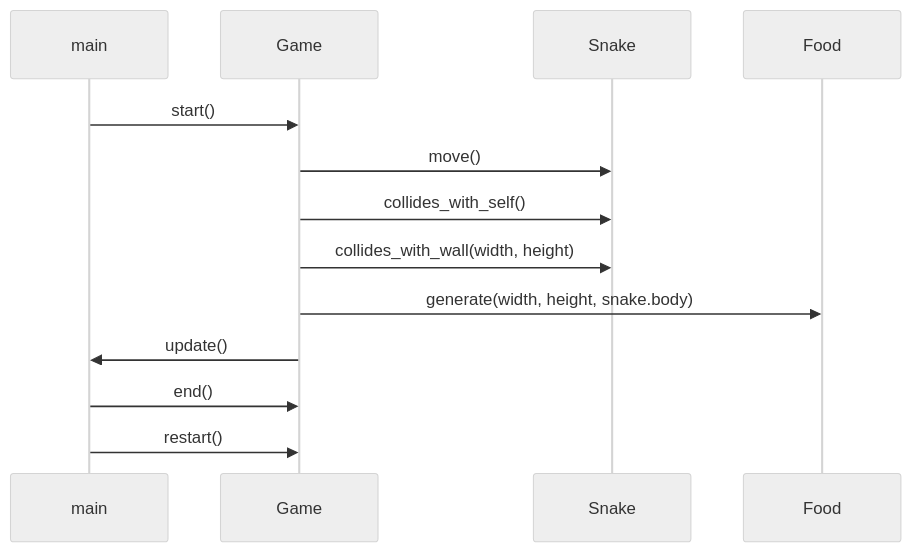
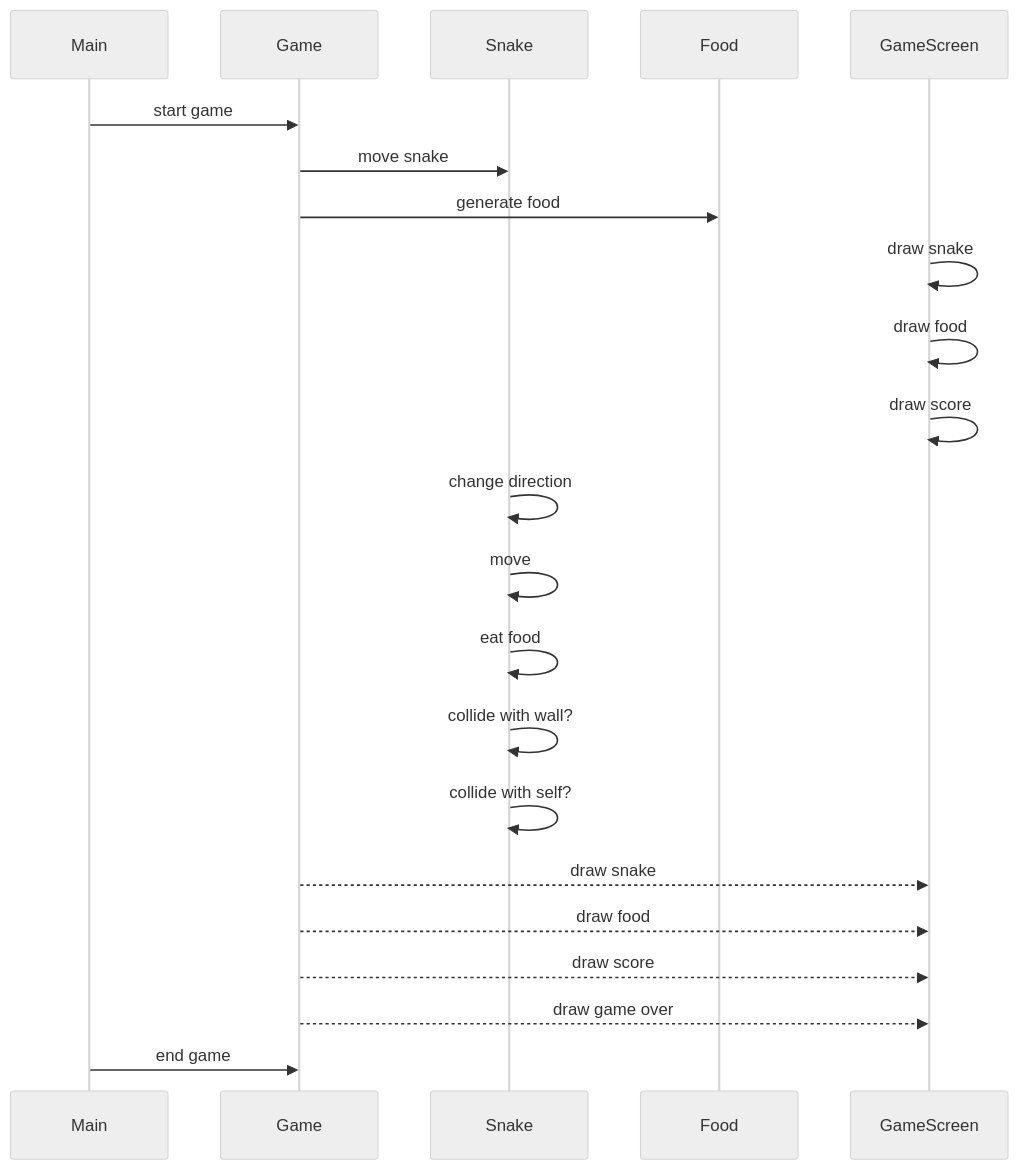
The second of 2 diagrams in workspace/1/docs/system_design.md (jiapingW/SEBACK), drawn with Mermaid (neutral theme) before and after one commit. The commit also changed other lines of this file and 63 other files, not shown here.

````diff
--- a/workspace/1/docs/system_design.md
+++ b/workspace/1/docs/system_design.md
@@ -61,16 +57,25 @@
 ```mermaid
 sequenceDiagram
-    participant M as main
+    participant M as Main
     participant G as Game
     participant S as Snake
     participant F as Food
+    participant GS as GameScreen
 
-    M->>G: start()
-    G->>S: move()
-    G->>S: collides_with_self()
-    G->>S: collides_with_wall(width, height)
-    G->>F: generate(width, height, snake.body)
-    G->>M: update()
-    M->>G: end()
-    M->>G: restart()
+    M->>G: start game
+    G->>S: move snake
+    G->>F: generate food
+    GS->>GS: draw snake
+    GS->>GS: draw food
+    GS->>GS: draw score
+    S->>S: change direction
+    S->>S: move
+    S->>S: eat food
+    S->>S: collide with wall?
+    S->>S: collide with self?
+    G-->>GS: draw snake
+    G-->>GS: draw food
+    G-->>GS: draw score
+    G-->>GS: draw game over
+    M->>G: end game
 ```
````
